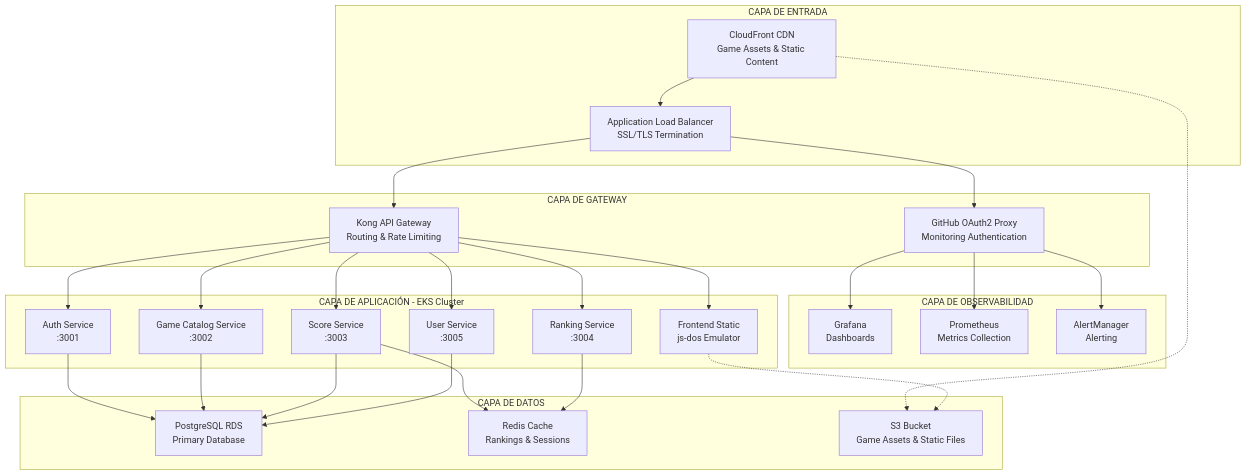
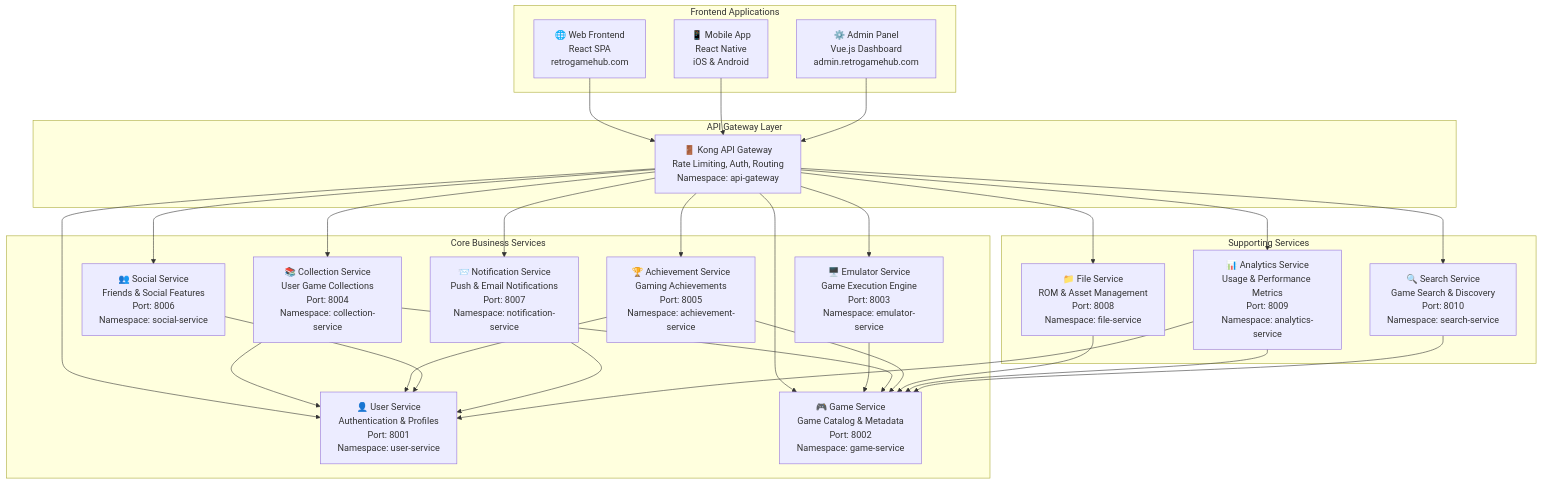
One commit to retrogamecloud/docs changed the second of 2 diagrams in architecture.mdx. Above: the diagram before and after it, drawn with Mermaid. The commit also changed other lines of this file and 26 other files, not shown here.

````diff
--- a/architecture.mdx
+++ b/architecture.mdx
@@ -15,55 +109,68 @@
 ```mermaid
-graph TD
-    subgraph "CAPA DE ENTRADA"
-        A[CloudFront CDN<br/>Game Assets & Static Content]
-        B[Application Load Balancer<br/>SSL/TLS Termination]
+graph TB
+    subgraph "API Gateway Layer"
+        APIGW[🚪 Kong API Gateway<br/>Rate Limiting, Auth, Routing<br/>Namespace: api-gateway]
     end
 
-    subgraph "CAPA DE GATEWAY"
-        C[GitHub OAuth2 Proxy<br/>Monitoring Authentication]
-        G[Kong API Gateway<br/>Routing & Rate Limiting]
+    subgraph "Core Business Services"
+        USER[👤 User Service<br/>Authentication & Profiles<br/>Port: 8001<br/>Namespace: user-service]
+        
+        GAME[🎮 Game Service<br/>Game Catalog & Metadata<br/>Port: 8002<br/>Namespace: game-service]
+        
+        EMULATOR[🖥️ Emulator Service<br/>Game Execution Engine<br/>Port: 8003<br/>Namespace: emulator-service]
+        
+        COLLECTION[📚 Collection Service<br/>User Game Collections<br/>Port: 8004<br/>Namespace: collection-service]
+        
+        ACHIEVEMENT[🏆 Achievement Service<br/>Gaming Achievements<br/>Port: 8005<br/>Namespace: achievement-service]
+        
+        SOCIAL[👥 Social Service<br/>Friends & Social Features<br/>Port: 8006<br/>Namespace: social-service]
+        
+        NOTIFICATION[📨 Notification Service<br/>Push & Email Notifications<br/>Port: 8007<br/>Namespace: notification-service]
     end
 
-    subgraph "CAPA DE OBSERVABILIDAD"
-        D[Grafana<br/>Dashboards]
-        E[Prometheus<br/>Metrics Collection]
-        F[AlertManager<br/>Alerting]
+    subgraph "Supporting Services"
+        FILE[📁 File Service<br/>ROM & Asset Management<br/>Port: 8008<br/>Namespace: file-service]
+        
+        ANALYTICS[📊 Analytics Service<br/>Usage & Performance Metrics<br/>Port: 8009<br/>Namespace: analytics-service]
+        
+        SEARCH[🔍 Search Service<br/>Game Search & Discovery<br/>Port: 8010<br/>Namespace: search-service]
     end
 
-    subgraph "CAPA DE APLICACIÓN - EKS Cluster"
-        H[Auth Service<br/>:3001]
-        I[Game Catalog Service<br/>:3002]
-        J[Score Service<br/>:3003]
-        K[Ranking Service<br/>:3004]
-        L[User Service<br/>:3005]
-        M[Frontend Static<br/>js-dos Emulator]
+    subgraph "Frontend Applications"
+        WEB[🌐 Web Frontend<br/>React SPA<br/>retrogamehub.com]
+        
+        MOBILE[📱 Mobile App<br/>React Native<br/>iOS & Android]
+        
+        ADMIN[⚙️ Admin Panel<br/>Vue.js Dashboard<br/>admin.retrogamehub.com]
     end
 
-    subgraph "CAPA DE DATOS"
-        N[PostgreSQL RDS<br/>Primary Database]
-        O[Redis Cache<br/>Rankings & Sessions]
-        P[S3 Bucket<br/>Game Assets & Static Files]
-    end
+    %% API Gateway connections
+    WEB --> APIGW
+    MOBILE --> APIGW
+    ADMIN --> APIGW
 
-    A --> B
-    B --> C
-    B --> G
-    C --> D
-    C --> E
-    C --> F
-    G --> H
-    G --> I
-    G --> J
-    G --> K
-    G --> L
-    G --> M
-    H --> N
-    I --> N
-    J --> N
-    J --> O
-    K --> O
-    L --> N
-    A -.-> P
-    M -.-> P
+    %% Service connections
+    APIGW --> USER
+    APIGW --> GAME
+    APIGW --> EMULATOR
+    APIGW --> COLLECTION
+    APIGW --> ACHIEVEMENT
+    APIGW --> SOCIAL
+    APIGW --> NOTIFICATION
+    APIGW --> FILE
+    APIGW --> ANALYTICS
+    APIGW --> SEARCH
 
+    %% Inter-service communication
+    EMULATOR --> GAME
+    COLLECTION --> GAME
+    COLLECTION --> USER
+    ACHIEVEMENT --> USER
+    ACHIEVEMENT --> GAME
+    SOCIAL --> USER
+    NOTIFICATION --> USER
+    FILE --> GAME
+    ANALYTICS --> USER
+    ANALYTICS --> GAME
+    SEARCH --> GAME
 ```
````
